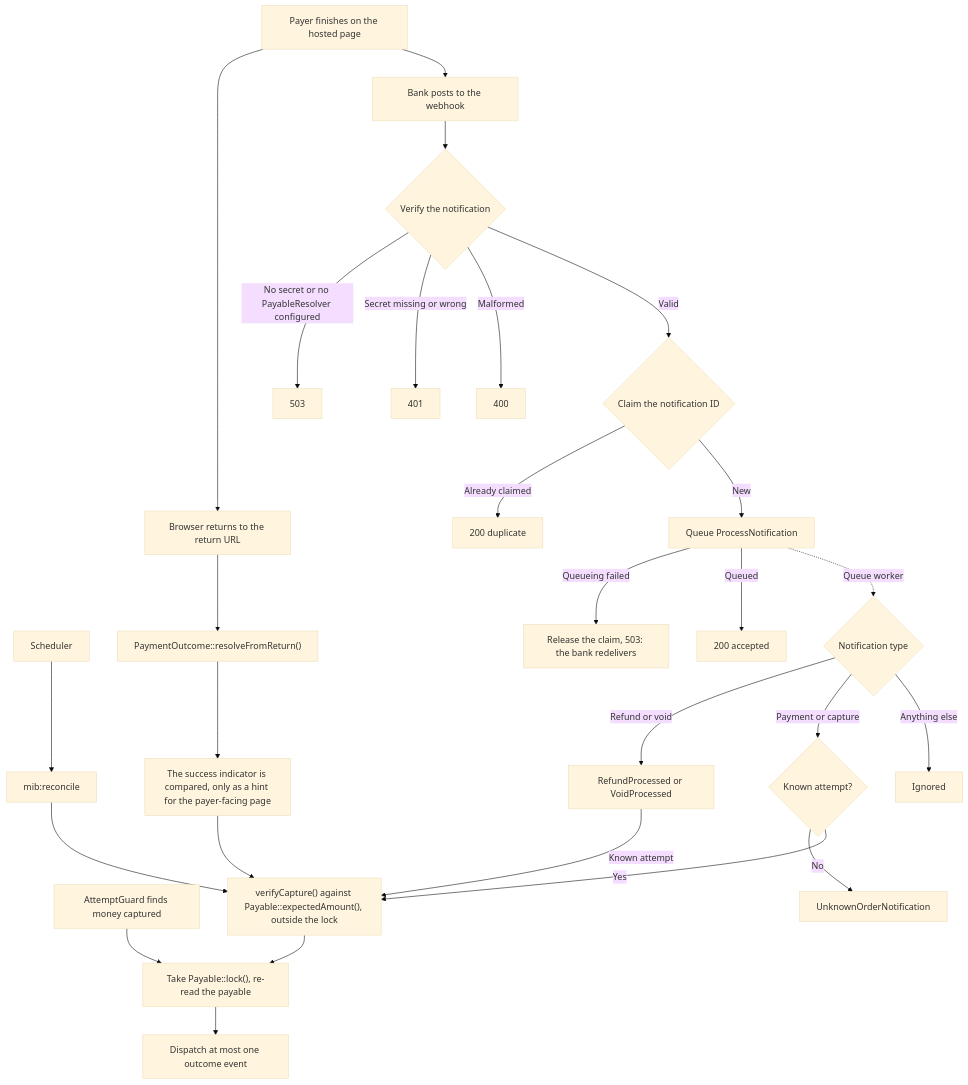
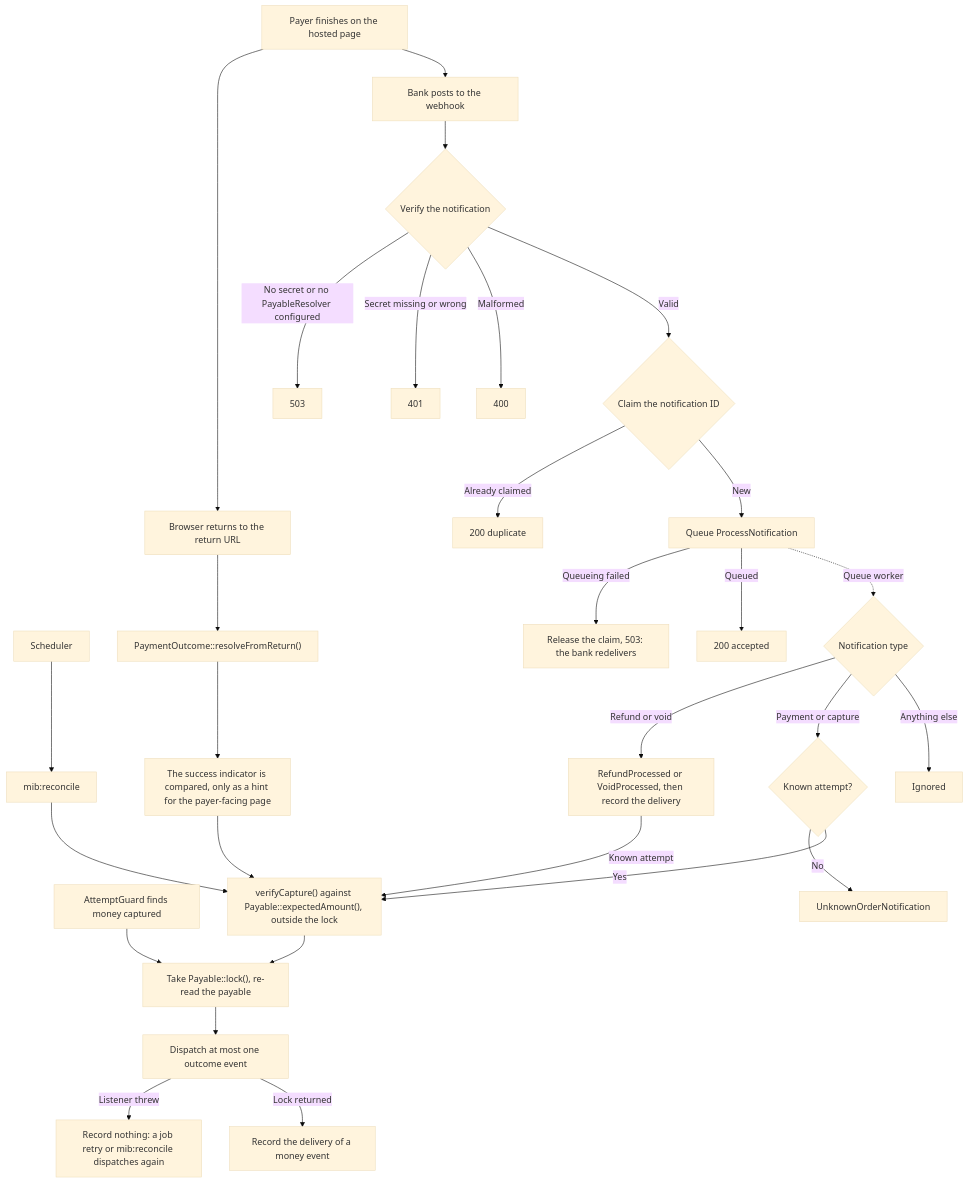
The second of 2 diagrams in WORKFLOW.md (ibnnajjaar/mib-global-pay), drawn with Mermaid (base theme) before and after one commit. The commit also changed other lines of this file and 56 other files, not shown here.

````diff
--- a/WORKFLOW.md
+++ b/WORKFLOW.md
@@ -42,32 +42,34 @@
 ```mermaid
 flowchart TD
     P[Payer finishes on the hosted page] --> R[Browser returns to the return URL]
     P --> W[Bank posts to the webhook]
     S[Scheduler] --> X[mib:reconcile]
     G[AttemptGuard finds money captured] --> L
 
     R --> R1["PaymentOutcome::resolveFromReturn()"]
     R1 --> R2["The success indicator is compared, only as a hint for the payer-facing page"]
     R2 --> V
 
     W --> W1{Verify the notification}
     W1 -->|No secret or no PayableResolver configured| W2[503]
     W1 -->|Secret missing or wrong| W3[401]
     W1 -->|Malformed| W4[400]
     W1 -->|Valid| W5{Claim the notification ID}
     W5 -->|Already claimed| W6[200 duplicate]
     W5 -->|New| W7[Queue ProcessNotification]
     W7 -->|Queueing failed| W8[Release the claim, 503: the bank redelivers]
     W7 -->|Queued| W9[200 accepted]
     W7 -.->|Queue worker| W10{Notification type}
-    W10 -->|Refund or void| W11["RefundProcessed or VoidProcessed"]
+    W10 -->|Refund or void| W11["RefundProcessed or VoidProcessed, then record the delivery"]
     W11 -->|Known attempt| V
     W10 -->|Payment or capture| W12{Known attempt?}
     W12 -->|No| W13[UnknownOrderNotification]
     W12 -->|Yes| V
     W10 -->|Anything else| W14[Ignored]
 
     X --> V
     V["verifyCapture() against Payable::expectedAmount(), outside the lock"] --> L
     L["Take Payable::lock(), re-read the payable"] --> D[Dispatch at most one outcome event]
+    D -->|Listener threw| F[Record nothing: a job retry or mib:reconcile dispatches again]
+    D -->|Lock returned| Y[Record the delivery of a money event]
 ```
````
